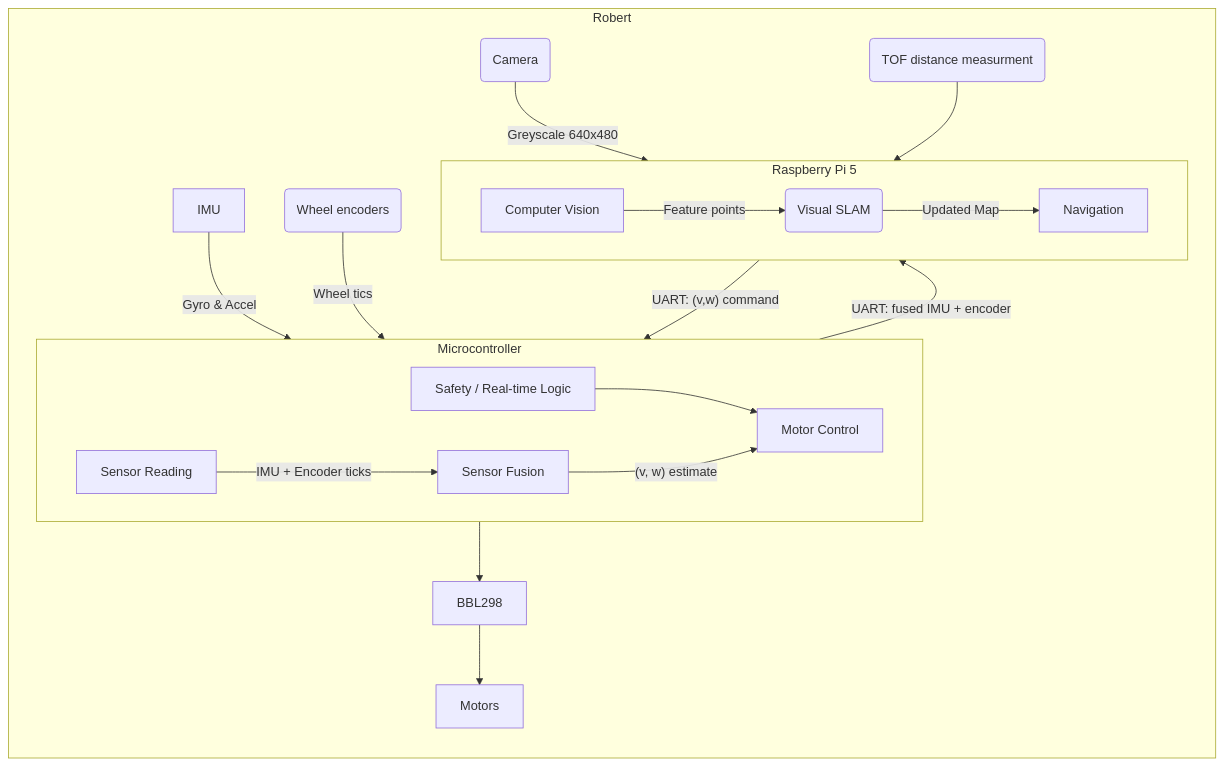
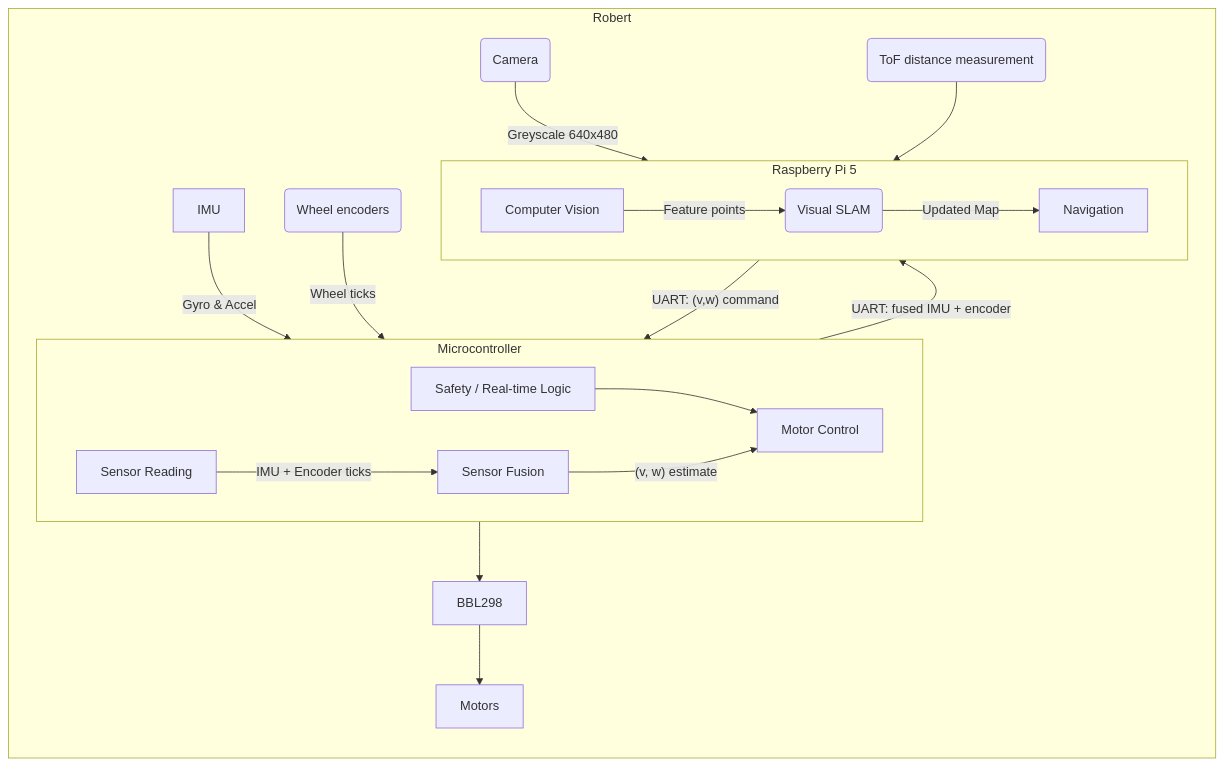
One commit to carmor1337/Robert-Diffrential-drive-robot changed the first of 4 diagrams in README.md. Above: the diagram before and after it, drawn with Mermaid. The commit also changed other lines of this file, not shown here.

````diff
--- a/README.md
+++ b/README.md
@@ -5,50 +6,50 @@
 ```mermaid
 flowchart LR
     subgraph Robert
         direction TD
 
-        TOF("TOF distance measurment")
+        ToF("ToF distance measurement")
         Camera("Camera")
 
         IMU["IMU"]
         Encoder("Wheel encoders")
         
         subgraph MCU["Microcontroller"]
             direction LR
             Safety["Safety / Real-time Logic"]
             SensorFusion["Sensor Fusion"]
             SensorRead["Sensor Reading"]
             MotorControl["Motor Control"]
         end
         
         subgraph RPI["Raspberry Pi 5"]
             direction LR
             SLAM("Visual SLAM")
             Vision["Computer Vision"]
             Navigation["Navigation"]
         end
 
         Camera -->|"Greyscale 640x480"| RPI
-        TOF --> RPI
+        ToF --> RPI
             
         MCU -->|"UART: fused IMU + encoder"| RPI
 
 
         MotorControl --> BBL298
         BBL298 --> Motors
     end
     
 
     IMU -->|"Gyro & Accel"| MCU
-    Encoder -->|"Wheel tics"| MCU
+    Encoder -->|"Wheel ticks"| MCU
 
     Safety --> MotorControl
     SensorRead -->|"IMU + Encoder ticks"| SensorFusion
     SensorFusion -->|"(v, w) estimate"| MotorControl
 
 
     Navigation -->|"UART: (v,w) command"|MotorControl
     Vision -->|"Feature points"| SLAM -->|"Updated Map"| Navigation
 
    
 ```
````
